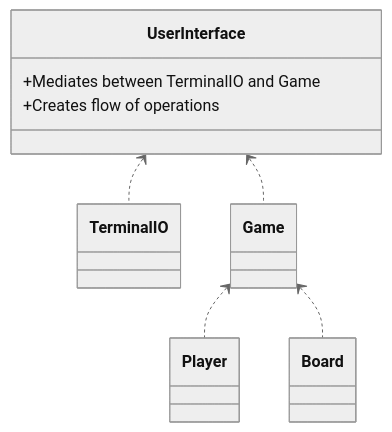
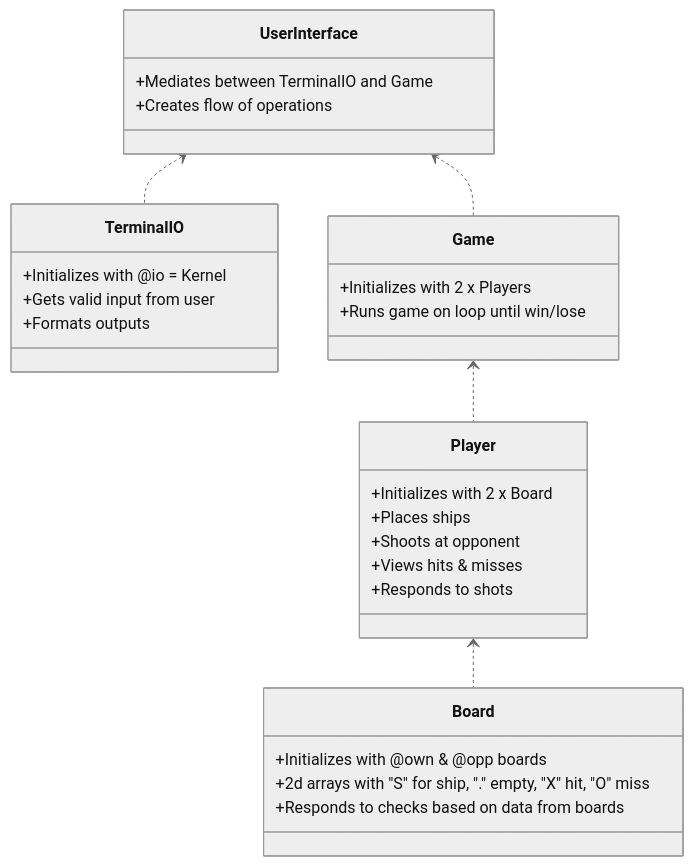
The diagram in README.md (ritaaktay/battleships), drawn with Mermaid (neutral theme) before and after one commit. The commit also changed other lines of this file, not shown here.

````diff
--- a/README.md
+++ b/README.md
@@ -1,11 +1,32 @@
 ```mermaid
    classDiagram
-   class UserInterface{
-    +Mediates between TerminalIO and Game
-    +Creates flow of operations
-   }
    UserInterface <.. TerminalIO
    UserInterface <.. Game
    Game <.. Player
-   Game <.. Board
+   Player <.. Board
+   class Terminal IO{
+   +Initializes with @io = Kernel
+   +Gets valid input from user
+   +Formats outputs
+   }
+   class UserInterface{
+   +Mediates between TerminalIO and Game
+   +Creates flow of operations
+   }
+   class Game{
+   +Initializes with 2 x Players
+   +Runs game on loop until win/lose
+   }
+   class Player {
+   +Initializes with 2 x Board
+   +Places ships
+   +Shoots at opponent
+   +Views hits & misses
+   +Responds to shots
+   }
+   class Board {
+   +Initializes with @own & @opp boards
+   +2d arrays with "S" for ship, "." empty, "X" hit, "O" miss
+   +Responds to checks based on data from boards
+   }
 ```
````
